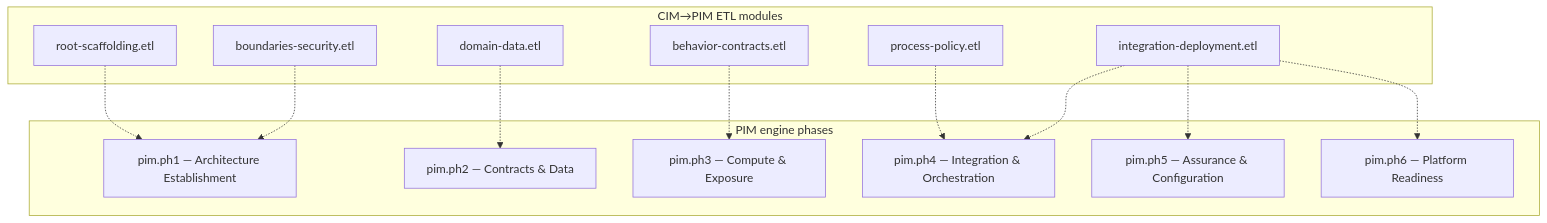
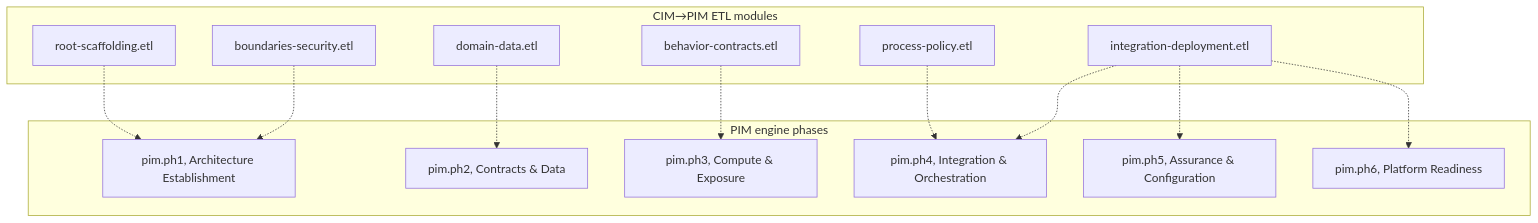
Before and after one commit to mehdieidi/modriss: the second of 3 diagrams in docs/diagrams/25-pim-methodology.md, drawn with Mermaid. The commit also changed other lines of this file and 123 other files, not shown here.

````diff
--- a/docs/diagrams/25-pim-methodology.md
+++ b/docs/diagrams/25-pim-methodology.md
@@ -26,29 +26,29 @@
 ```mermaid
 flowchart TB
     subgraph etl["CIM→PIM ETL modules"]
         root["root-scaffolding.etl"]
         boundary["boundaries-security.etl"]
         data["domain-data.etl"]
         behavior["behavior-contracts.etl"]
         process["process-policy.etl"]
         integration["integration-deployment.etl"]
     end
 
     subgraph phases["PIM engine phases"]
-        p1["pim.ph1 — Architecture Establishment"]
-        p2["pim.ph2 — Contracts & Data"]
-        p3["pim.ph3 — Compute & Exposure"]
-        p4["pim.ph4 — Integration & Orchestration"]
-        p5["pim.ph5 — Assurance & Configuration"]
-        p6["pim.ph6 — Platform Readiness"]
+        p1["pim.ph1, Architecture Establishment"]
+        p2["pim.ph2, Contracts & Data"]
+        p3["pim.ph3, Compute & Exposure"]
+        p4["pim.ph4, Integration & Orchestration"]
+        p5["pim.ph5, Assurance & Configuration"]
+        p6["pim.ph6, Platform Readiness"]
     end
 
     root -.-> p1
     boundary -.-> p1
     data -.-> p2
     behavior -.-> p3
     process -.-> p4
     integration -.-> p4
     integration -.-> p5
     integration -.-> p6
 ```
````
